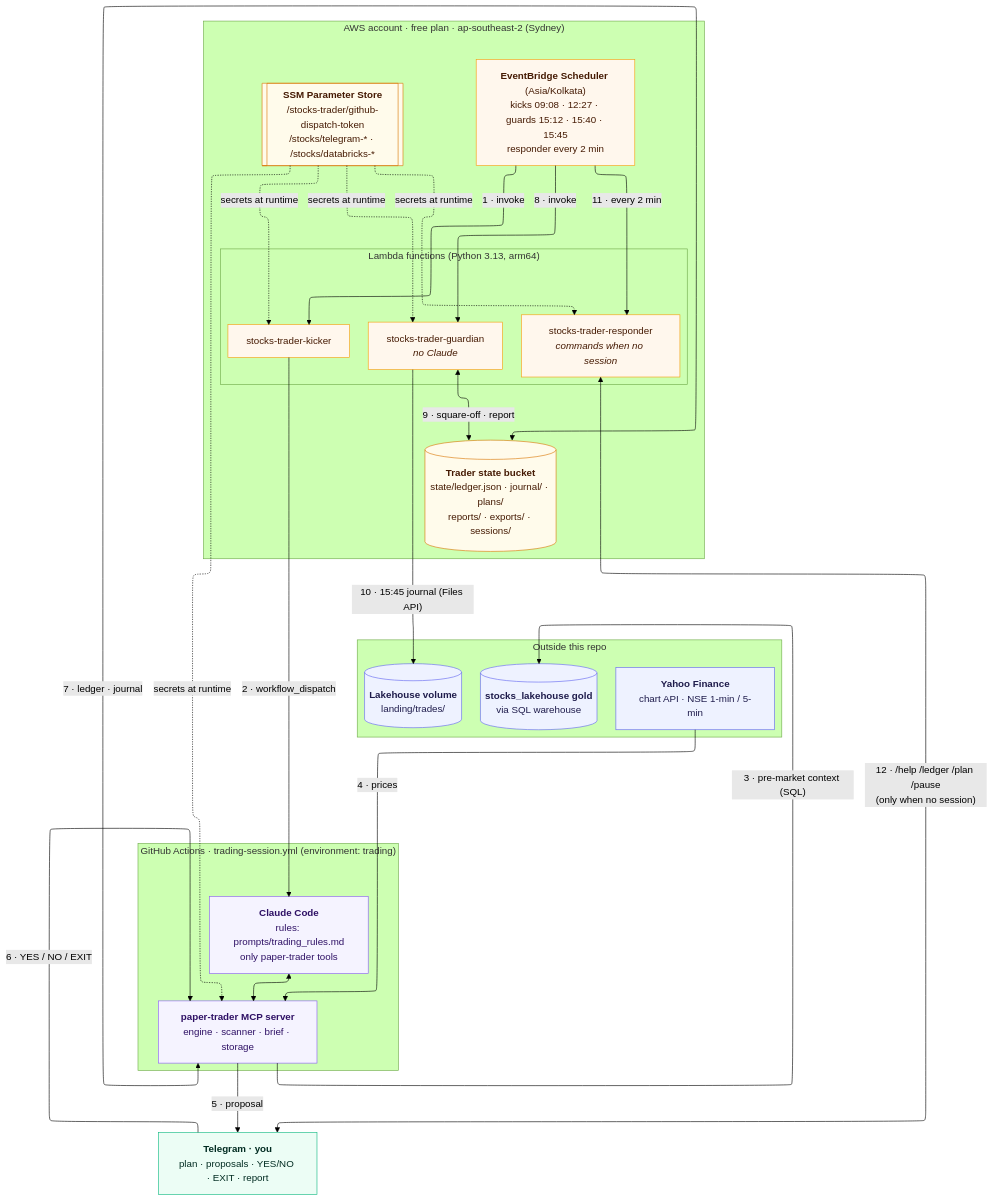
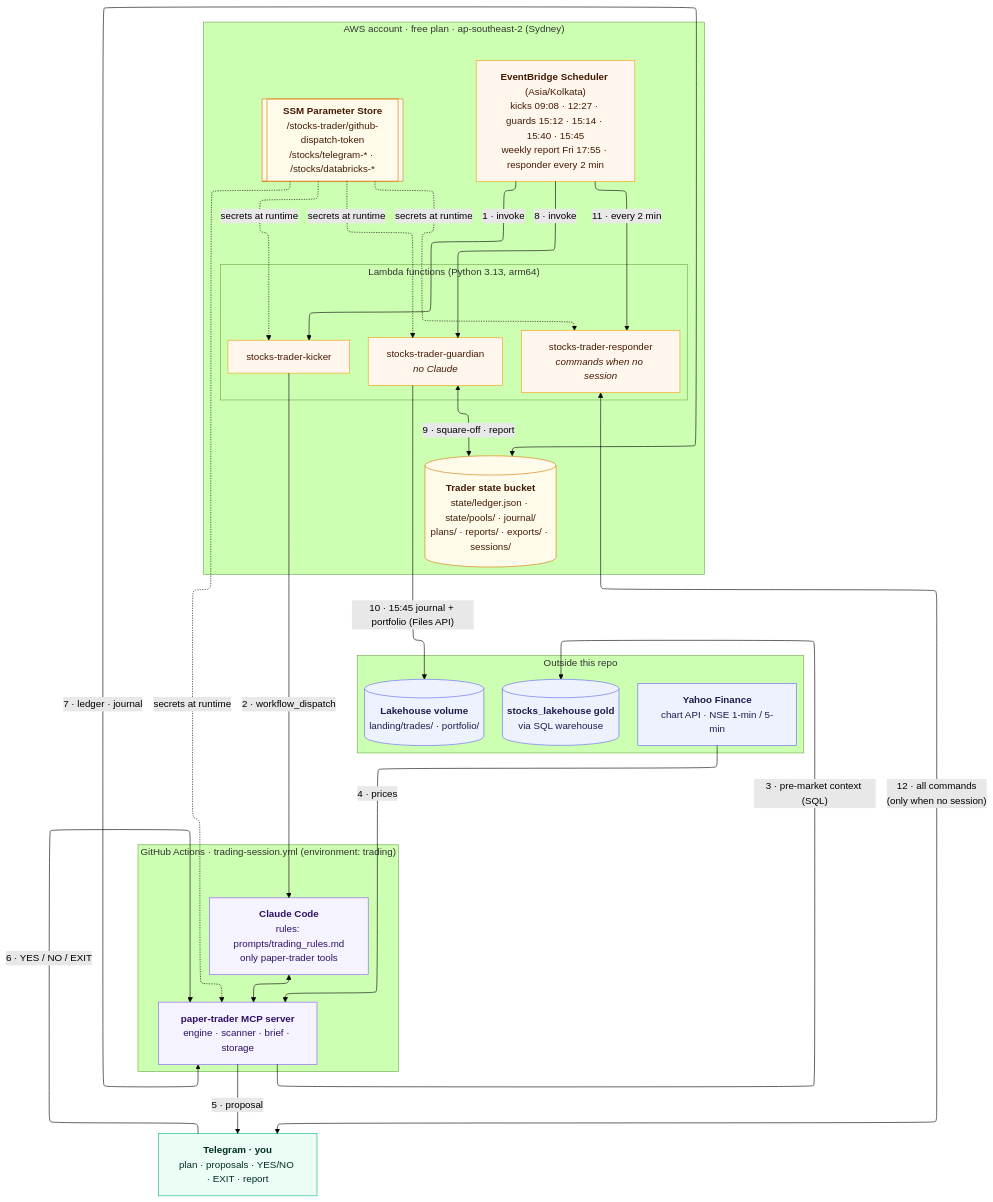
Before and after one commit to bumblebee26/paper-trader: the diagram in docs/diagrams/02_architecture.mmd, drawn with Mermaid (forest theme). The commit also changed 10 other files, not shown here.

First line of the commit message:
Docs: portfolio snapshot export, Nifty 200 fundamentals job, swing backtest modes, all commands on the responder

```diff
--- a/docs/diagrams/02_architecture.mmd
+++ b/docs/diagrams/02_architecture.mmd
@@ -1,61 +1,61 @@
 ---
 config:
   layout: elk
   elk:
     mergeEdges: false
     nodePlacementStrategy: NETWORK_SIMPLEX
 ---
 flowchart TB
     subgraph EXT["Outside this repo"]
         direction LR
         YF["<b>Yahoo Finance</b><br/>chart API · NSE 1-min / 5-min"]
         GOLD[("<b>stocks_lakehouse gold</b><br/>via SQL warehouse")]
-        VOL[("<b>Lakehouse volume</b><br/>landing/trades/")]
+        VOL[("<b>Lakehouse volume</b><br/>landing/trades/ · portfolio/")]
     end
 
     subgraph AWS["AWS account · free plan · ap-southeast-2 (Sydney)"]
         direction TB
-        SCH["<b>EventBridge Scheduler</b> (Asia/Kolkata)<br/>kicks 09:08 · 12:27 · guards 15:12 · 15:40 · 15:45<br/>responder every 2 min"]
+        SCH["<b>EventBridge Scheduler</b> (Asia/Kolkata)<br/>kicks 09:08 · 12:27 · guards 15:12 · 15:14 · 15:40 · 15:45<br/>weekly report Fri 17:55 · responder every 2 min"]
         subgraph LAMBDAS["Lambda functions (Python 3.13, arm64)"]
             direction LR
             KICK["stocks-trader-kicker"]
             GUARD["stocks-trader-guardian<br/><i>no Claude</i>"]
             RESP["stocks-trader-responder<br/><i>commands when no session</i>"]
         end
-        S3[("<b>Trader state bucket</b><br/>state/ledger.json · journal/ · plans/<br/>reports/ · exports/ · sessions/")]
+        S3[("<b>Trader state bucket</b><br/>state/ledger.json · state/pools/ · journal/<br/>plans/ · reports/ · exports/ · sessions/")]
         SSM[["<b>SSM Parameter Store</b><br/>/stocks-trader/github-dispatch-token<br/>/stocks/telegram-* · /stocks/databricks-*"]]
     end
 
     subgraph GHA["GitHub Actions · trading-session.yml (environment: trading)"]
         direction LR
         CC["<b>Claude Code</b><br/>rules: prompts/trading_rules.md<br/>only paper-trader tools"]
         MCP["<b>paper-trader MCP server</b><br/>engine · scanner · brief · storage"]
         CC <--> MCP
     end
 
     TG["<b>Telegram · you</b><br/>plan · proposals · YES/NO · EXIT · report"]
 
     SCH -- "1 · invoke" --> KICK
     KICK -- "2 · workflow_dispatch" --> CC
     MCP -- "3 · pre-market context (SQL)" --> GOLD
     YF -- "4 · prices" --> MCP
     MCP -- "5 · proposal" --> TG
     TG -- "6 · YES / NO / EXIT" --> MCP
     MCP <-- "7 · ledger · journal" --> S3
     SCH -- "8 · invoke" --> GUARD
     GUARD <-- "9 · square-off · report" --> S3
-    GUARD -- "10 · 15:45 journal (Files API)" --> VOL
+    GUARD -- "10 · 15:45 journal + portfolio (Files API)" --> VOL
     SCH -- "11 · every 2 min" --> RESP
-    RESP <-- "12 · /help /ledger /plan /pause<br/>(only when no session)" --> TG
+    RESP <-- "12 · all commands<br/>(only when no session)" --> TG
     SSM -. "secrets at runtime" .-> KICK & GUARD & RESP & MCP
 
     classDef ext fill:#eef2ff,stroke:#6366f1,color:#1e1b4b
     classDef aws fill:#fff7ed,stroke:#f59e0b,color:#451a03
     classDef store fill:#fffbeb,stroke:#d97706,color:#451a03
     classDef trader fill:#f5f3ff,stroke:#8b5cf6,color:#2e1065
     classDef out fill:#ecfdf5,stroke:#10b981,color:#022c22
     class YF,GOLD,VOL ext
     class SCH,KICK,GUARD,RESP aws
     class S3,SSM store
     class CC,MCP trader
     class TG out
```
